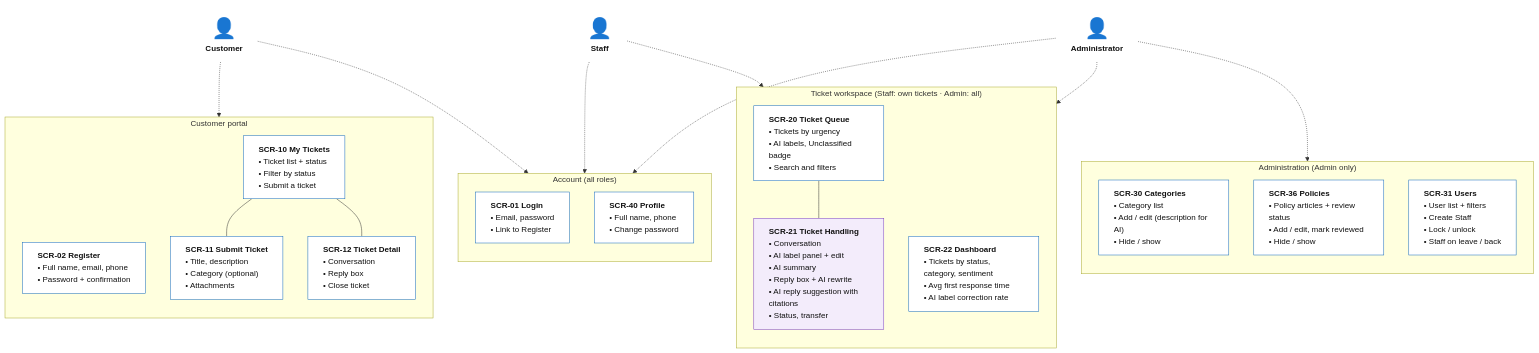
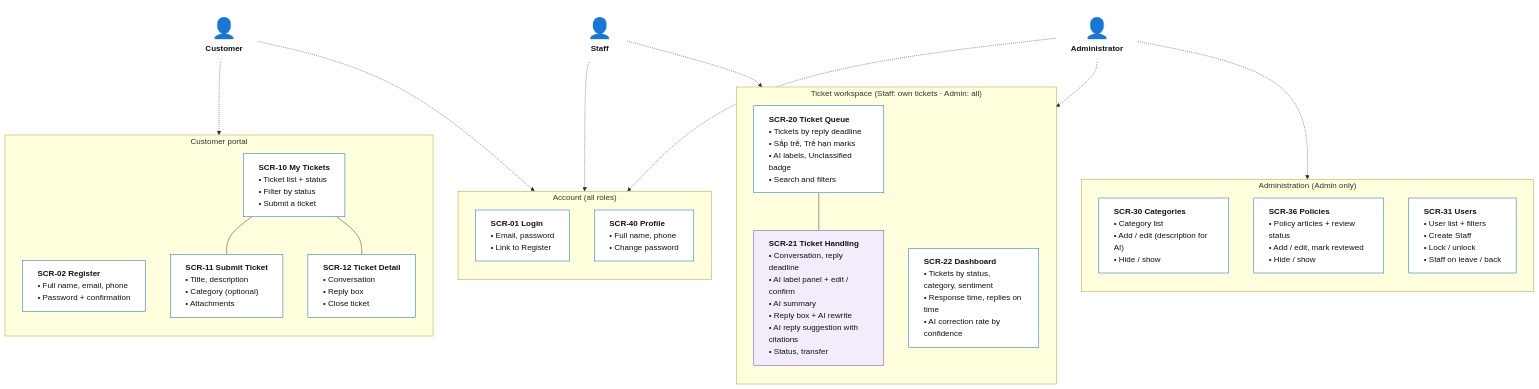
Before and after one commit to minhtuann1102/HelpdeskAI: the diagram in docs/03-information-architecture/01-sitemap.md, drawn with Mermaid. The commit also changed 4 other files, not shown here.

First line of the commit message:
docs(step-3): add reply deadline and confidence states to the IA

````diff
--- a/docs/03-information-architecture/01-sitemap.md
+++ b/docs/03-information-architecture/01-sitemap.md
@@ -15,52 +15,52 @@
 ```mermaid
 flowchart TB
     customer["<span style='font-size:40px'>👤</span><br/><b>Customer</b>"]
     staff["<span style='font-size:40px'>👤</span><br/><b>Staff</b>"]
     admin["<span style='font-size:40px'>👤</span><br/><b>Administrator</b>"]
 
     subgraph portal["Customer portal"]
         direction TB
         register["<b>SCR-02 Register</b><br/>• Full name, email, phone<br/>• Password + confirmation"]
         myTickets["<b>SCR-10 My Tickets</b><br/>• Ticket list + status<br/>• Filter by status<br/>• Submit a ticket"]
         submit["<b>SCR-11 Submit Ticket</b><br/>• Title, description<br/>• Category (optional)<br/>• Attachments"]
         custDetail["<b>SCR-12 Ticket Detail</b><br/>• Conversation<br/>• Reply box<br/>• Close ticket"]
         myTickets --- submit
         myTickets --- custDetail
     end
 
     subgraph account["Account (all roles)"]
         direction TB
         login["<b>SCR-01 Login</b><br/>• Email, password<br/>• Link to Register"]
         profile["<b>SCR-40 Profile</b><br/>• Full name, phone<br/>• Change password"]
     end
 
     subgraph workspace["Ticket workspace (Staff: own tickets · Admin: all)"]
         direction TB
-        queue["<b>SCR-20 Ticket Queue</b><br/>• Tickets by urgency<br/>• AI labels, Unclassified badge<br/>• Search and filters"]
-        handling["<b>SCR-21 Ticket Handling</b><br/>• Conversation<br/>• AI label panel + edit<br/>• AI summary<br/>• Reply box + AI rewrite<br/>• AI reply suggestion with citations<br/>• Status, transfer"]
-        dashboard["<b>SCR-22 Dashboard</b><br/>• Tickets by status, category, sentiment<br/>• Avg first response time<br/>• AI label correction rate"]
+        queue["<b>SCR-20 Ticket Queue</b><br/>• Tickets by reply deadline<br/>• Sắp trễ, Trễ hạn marks<br/>• AI labels, Unclassified badge<br/>• Search and filters"]
+        handling["<b>SCR-21 Ticket Handling</b><br/>• Conversation, reply deadline<br/>• AI label panel + edit / confirm<br/>• AI summary<br/>• Reply box + AI rewrite<br/>• AI reply suggestion with citations<br/>• Status, transfer"]
+        dashboard["<b>SCR-22 Dashboard</b><br/>• Tickets by status, category, sentiment<br/>• Response time, replies on time<br/>• AI correction rate by confidence"]
         queue --- handling
     end
 
     subgraph administration["Administration (Admin only)"]
         direction TB
         categories["<b>SCR-30 Categories</b><br/>• Category list<br/>• Add / edit (description for AI)<br/>• Hide / show"]
         policies["<b>SCR-36 Policies</b><br/>• Policy articles + review status<br/>• Add / edit, mark reviewed<br/>• Hide / show"]
         users["<b>SCR-31 Users</b><br/>• User list + filters<br/>• Create Staff<br/>• Lock / unlock<br/>• Staff on leave / back"]
     end
 
     customer -.-> portal
     customer -.-> account
     staff -.-> account
     staff -.-> workspace
     admin -.-> account
     admin -.-> workspace
     admin -.-> administration
 
     classDef actor fill:none,stroke:none,color:#111
     classDef screen fill:#fff,color:#111,stroke:#1168bd,text-align:left
     classDef ai fill:#f3ecfb,color:#111,stroke:#7b3fbf,text-align:left
     class customer,staff,admin actor
     class login,register,profile,myTickets,submit,custDetail,queue,dashboard,categories,users,policies screen
     class handling ai
 ```
````
